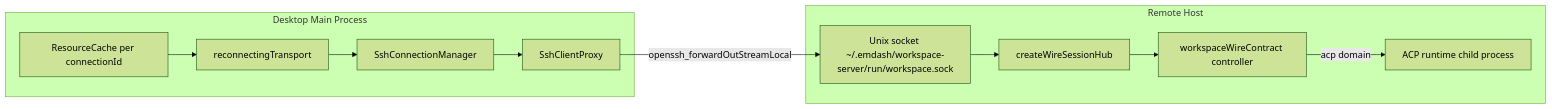
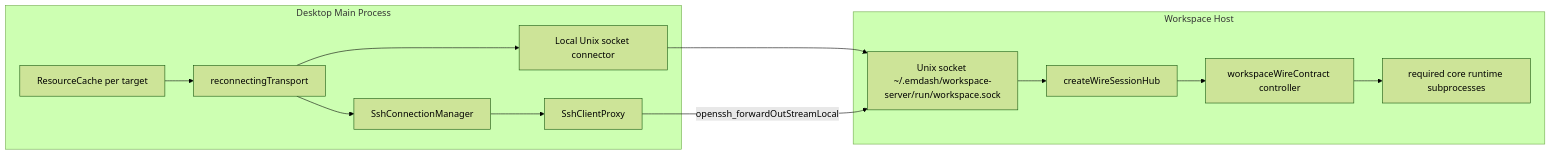
One commit to generalaction/emdash changed the diagram in apps/workspace-server/docs/client-connection.md. Above: the diagram before and after it, drawn with Mermaid (forest theme). The commit also changed other lines of this file and 27 other files, not shown here.

````diff
--- a/apps/workspace-server/docs/client-connection.md
+++ b/apps/workspace-server/docs/client-connection.md
@@ -8,22 +8,25 @@
 ```mermaid
 flowchart LR
   subgraph desktop [Desktop Main Process]
-    source["ResourceCache per connectionId"]
+    source["ResourceCache per target"]
     reconnecting[reconnectingTransport]
+    local[Local Unix socket connector]
     sshManager[SshConnectionManager]
     proxy[SshClientProxy]
   end
-  subgraph remote [Remote Host]
+  subgraph host [Workspace Host]
     socket["Unix socket ~/.emdash/workspace-server/run/workspace.sock"]
     hub[createWireSessionHub]
     controller[workspaceWireContract controller]
-    acpRuntime["ACP runtime child process"]
+    runtimes["required core runtime subprocesses"]
   end
   source --> reconnecting
+  reconnecting --> local
+  local --> socket
   reconnecting --> sshManager
   sshManager --> proxy
   proxy -->|"openssh_forwardOutStreamLocal"| socket
   socket --> hub
   hub --> controller
-  controller -->|"acp domain"| acpRuntime
+  controller --> runtimes
 ```
````
